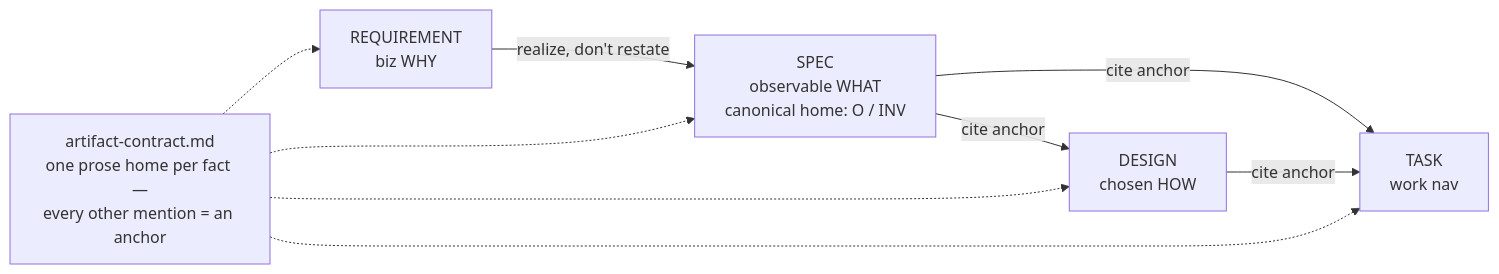
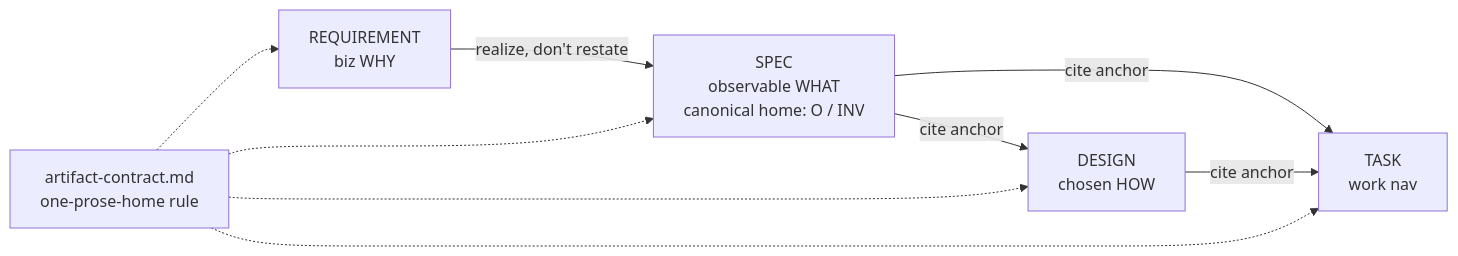
The diagram in docs/features/260620-lean-review-surfaces/design.md (mynghn/leanplan), drawn with Mermaid before and after one commit. The commit also changed other lines of this file and 1 other file, not shown here.

````diff
--- a/docs/features/260620-lean-review-surfaces/design.md
+++ b/docs/features/260620-lean-review-surfaces/design.md
@@ -7,12 +7,12 @@
 ```mermaid
 flowchart LR
   R["REQUIREMENT<br/>biz WHY"] -->|"realize, don't restate"| S["SPEC<br/>observable WHAT<br/>canonical home: O / INV"]
   S -->|"cite anchor"| D["DESIGN<br/>chosen HOW"]
   S -->|"cite anchor"| T["TASK<br/>work nav"]
   D -->|"cite anchor"| T
-  AC["artifact-contract.md<br/>one prose home per fact —<br/>every other mention = an anchor"]
+  AC["artifact-contract.md<br/>one-prose-home rule"]
   AC -.-> R
   AC -.-> S
   AC -.-> D
   AC -.-> T
 ```
````
